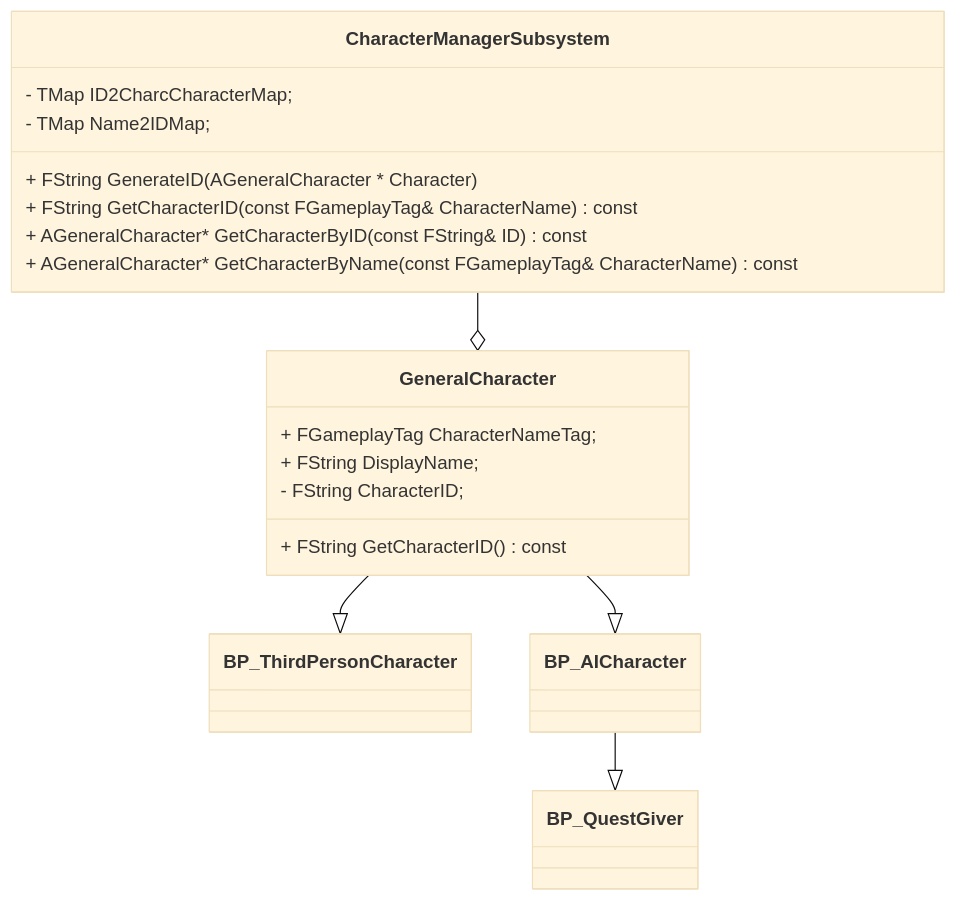
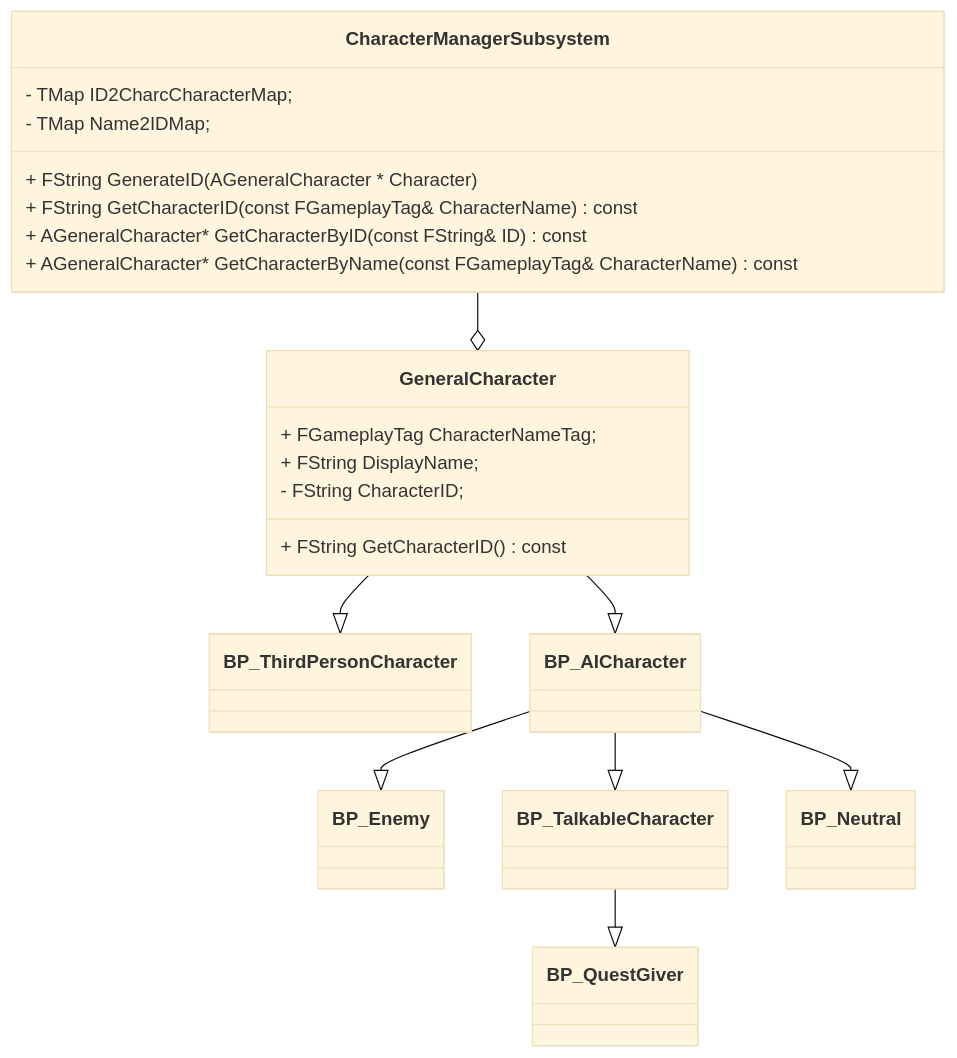
One commit to getyo/ARPG_Learn changed the diagram in Document/角色系统.md. Above: the diagram before and after it, drawn with Mermaid (base theme). The commit also changed other lines of this file and 125 other files, not shown here.

````diff
--- a/Document/角色系统.md
+++ b/Document/角色系统.md
@@ -7,24 +9,27 @@
 ```mermaid
 classDiagram 
 	CharacterManagerSubsystem --o GeneralCharacter 
 	GeneralCharacter --|> BP_ThirdPersonCharacter
 	GeneralCharacter --|> BP_AICharacter
-	BP_AICharacter --|> BP_QuestGiver
+	BP_AICharacter --|> BP_Enemy
+	BP_AICharacter --|> BP_TalkableCharacter
+ 	BP_AICharacter--|> BP_Neutral
+	BP_TalkableCharacter --|> BP_QuestGiver
 	
 	
 	class GeneralCharacter{
 		+ FGameplayTag CharacterNameTag;
 		+ FString DisplayName;
 		- FString CharacterID;
 		+ FString GetCharacterID() const
 
 	}
 	class CharacterManagerSubsystem{
 		- TMap<FString,AGeneralCharacter*> ID2CharcCharacterMap;
 		- TMap<FGameplayTag,FString> Name2IDMap;
 		+ FString GenerateID(AGeneralCharacter * Character)
 		+ FString GetCharacterID(const FGameplayTag& CharacterName) const
 		+ AGeneralCharacter* GetCharacterByID(const FString& ID) const
 		+ AGeneralCharacter* GetCharacterByName(const FGameplayTag& CharacterName) const
 	}
 ```
````
